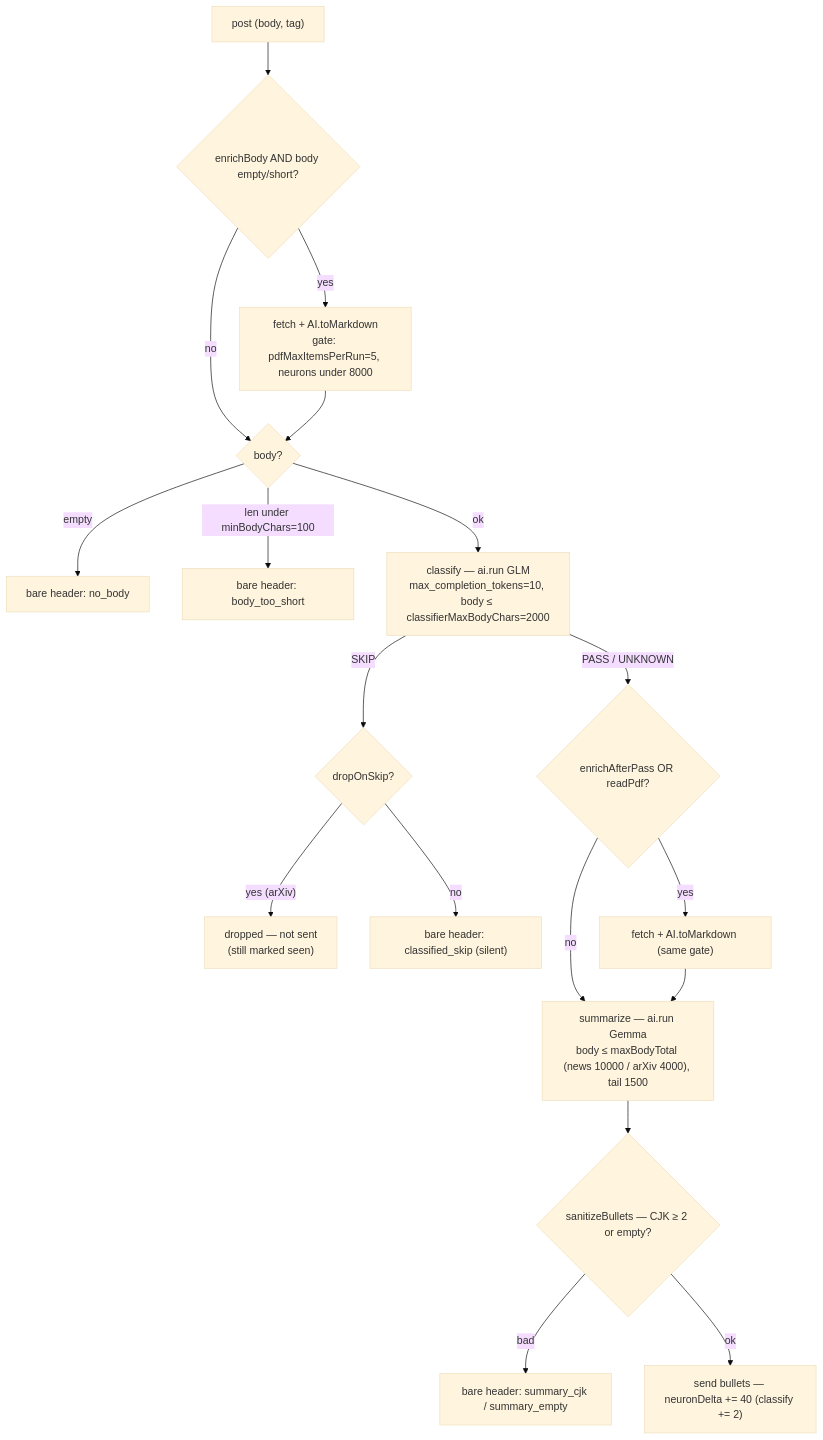
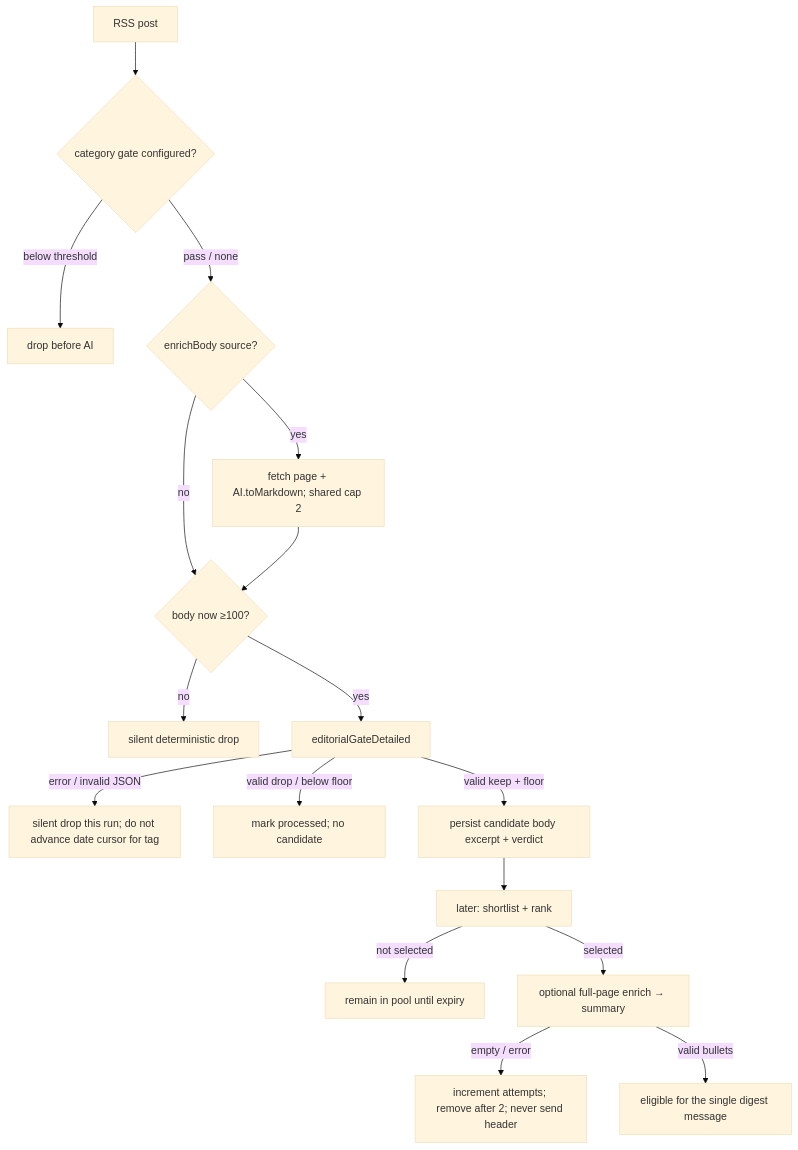
Before and after one commit to melkikh/rssdoge: the second of 2 diagrams in CLAUDE.md, drawn with Mermaid (base theme). The commit also changed other lines of this file and 23 other files, not shown here.

````diff
--- a/CLAUDE.md
+++ b/CLAUDE.md
@@ -83,20 +96,19 @@
 ```mermaid
 flowchart TD
-    start["post (body, tag)"] --> eb{"enrichBody AND body empty/short?"}
-    eb -->|yes| enr1["fetch + AI.toMarkdown<br/>gate: pdfMaxItemsPerRun=5, neurons under 8000"]
-    eb -->|no| chk{"body?"}
-    enr1 --> chk
-    chk -->|empty| bhNo["bare header: no_body"]
-    chk -->|"len under minBodyChars=100"| bhShort["bare header: body_too_short"]
-    chk -->|ok| classify["classify — ai.run GLM<br/>max_completion_tokens=10, body ≤ classifierMaxBodyChars=2000"]
-    classify -->|SKIP| skipd{"dropOnSkip?"}
-    skipd -->|"yes (arXiv)"| drop["dropped — not sent<br/>(still marked seen)"]
-    skipd -->|no| bhSkip["bare header: classified_skip (silent)"]
-    classify -->|"PASS / UNKNOWN"| eap{"enrichAfterPass OR readPdf?"}
-    eap -->|yes| enr2["fetch + AI.toMarkdown (same gate)"]
-    eap -->|no| sum["summarize — ai.run Gemma<br/>body ≤ maxBodyTotal (news 10000 / arXiv 4000), tail 1500"]
-    enr2 --> sum
-    sum --> san{"sanitizeBullets — CJK ≥ 2 or empty?"}
-    san -->|bad| bhSum["bare header: summary_cjk / summary_empty"]
-    san -->|ok| ok["send bullets — neuronDelta += 40 (classify += 2)"]
+    post["RSS post"] --> cat{"category gate configured?"}
+    cat -->|below threshold| drop1["drop before AI"]
+    cat -->|pass / none| body{"enrichBody source?"}
+    body -->|yes| enrich["fetch page + AI.toMarkdown; shared cap 2"]
+    body -->|no| body2
+    enrich --> body2{"body now ≥100?"}
+    body2 -->|no| drop2["silent deterministic drop"]
+    body2 -->|yes| gate["editorialGateDetailed"]
+    gate -->|error / invalid JSON| retry["silent drop this run; do not advance date cursor for tag"]
+    gate -->|valid drop / below floor| processed["mark processed; no candidate"]
+    gate -->|valid keep + floor| candidate["persist candidate body excerpt + verdict"]
+    candidate --> rank["later: shortlist + rank"]
+    rank -->|not selected| wait["remain in pool until expiry"]
+    rank -->|selected| summary["optional full-page enrich → summary"]
+    summary -->|empty / error| fail["increment attempts; remove after 2; never send header"]
+    summary -->|valid bullets| send["eligible for the single digest message"]
 ```
````
